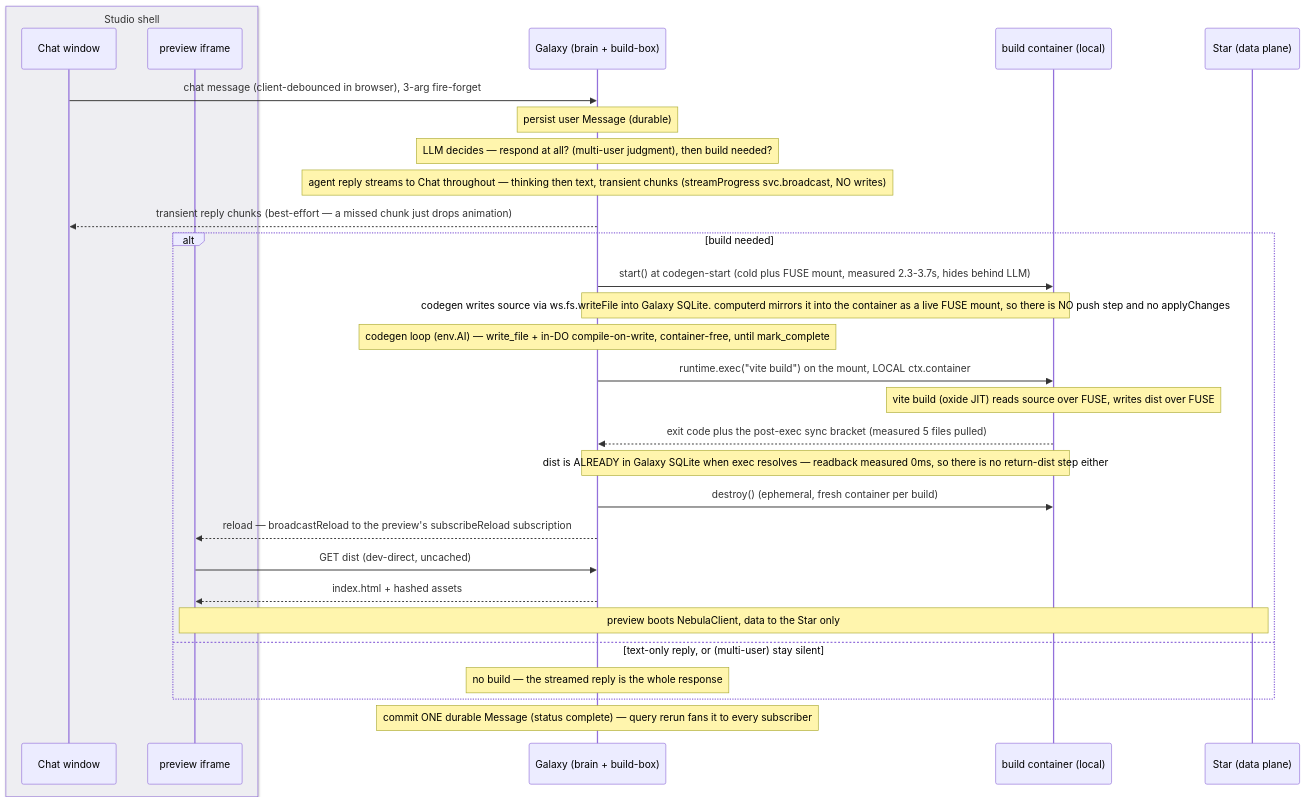
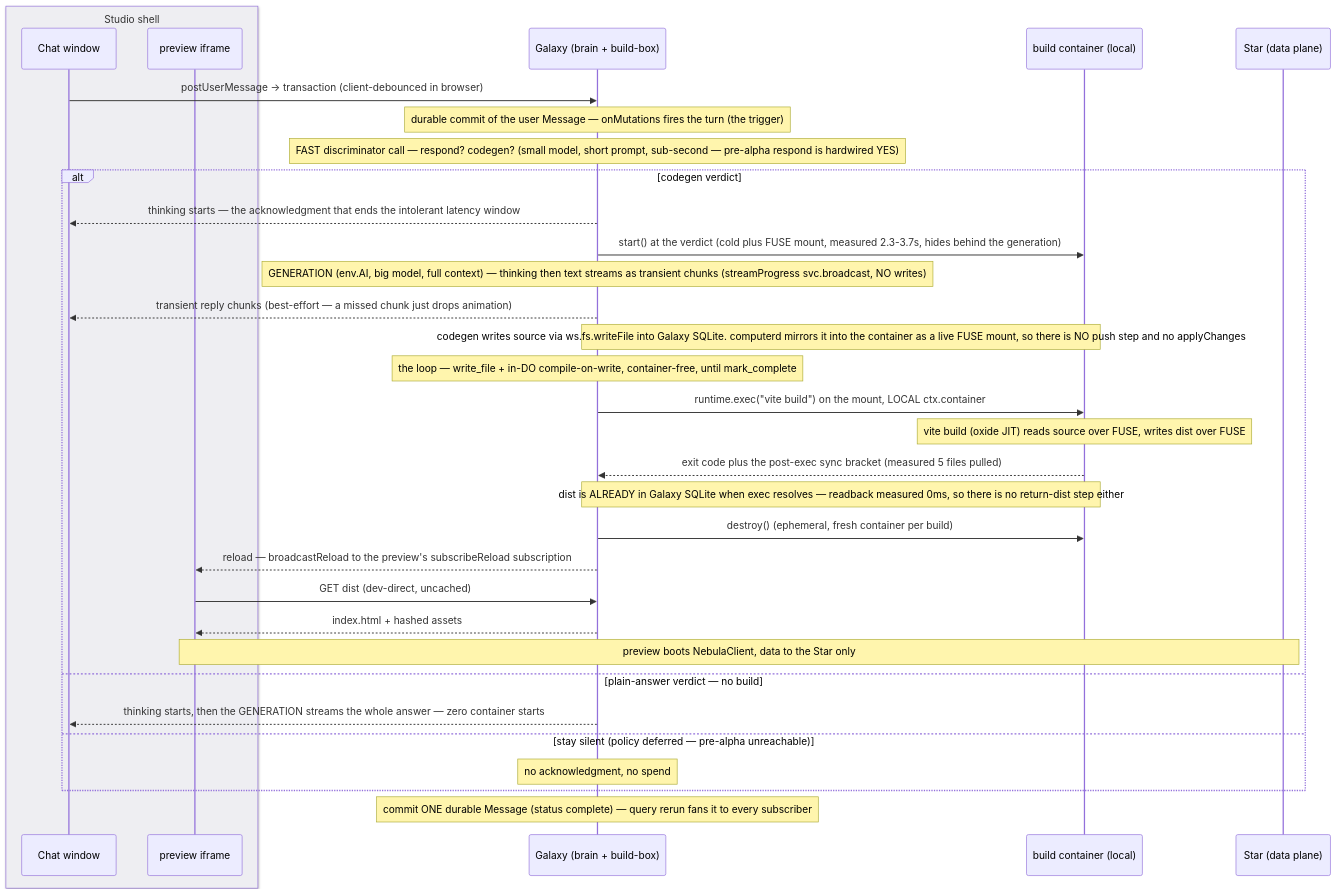
The first of 2 diagrams in tasks/nebula-galaxy-collapse-and-chat.md (lumenize/lumenize), drawn with Mermaid before and after one commit. The commit also changed other lines of this file and 1 other file, not shown here.

````diff
--- a/tasks/nebula-galaxy-collapse-and-chat.md
+++ b/tasks/nebula-galaxy-collapse-and-chat.md
@@ -74,32 +75,35 @@
 ```mermaid
 sequenceDiagram
     box rgb(238,238,242) Studio shell
       participant Chat as Chat window
       participant P as preview iframe
     end
     participant G as Galaxy (brain + build-box)
     participant K as build container (local)
     participant Da as Star (data plane)
-    Chat->>G: chat message (client-debounced in browser), 3-arg fire-forget
-    Note over G: persist user Message (durable)
-    Note over G: LLM decides — respond at all? (multi-user judgment), then build needed?
-    Note over G: agent reply streams to Chat throughout — thinking then text, transient chunks (streamProgress svc.broadcast, NO writes)
-    G-->>Chat: transient reply chunks (best-effort — a missed chunk just drops animation)
-    alt build needed
-      G->>K: start() at codegen-start (cold plus FUSE mount, measured 2.3-3.7s, hides behind LLM)
+    Chat->>G: postUserMessage → transaction (client-debounced in browser)
+    Note over G: durable commit of the user Message — onMutations fires the turn (the trigger)
+    Note over G: FAST discriminator call — respond? codegen? (small model, short prompt, sub-second — pre-alpha respond is hardwired YES)
+    alt codegen verdict
+      G-->>Chat: thinking starts — the acknowledgment that ends the intolerant latency window
+      G->>K: start() at the verdict (cold plus FUSE mount, measured 2.3-3.7s, hides behind the generation)
+      Note over G: GENERATION (env.AI, big model, full context) — thinking then text streams as transient chunks (streamProgress svc.broadcast, NO writes)
+      G-->>Chat: transient reply chunks (best-effort — a missed chunk just drops animation)
       Note over G,K: codegen writes source via ws.fs.writeFile into Galaxy SQLite. computerd mirrors it into the container as a live FUSE mount, so there is NO push step and no applyChanges
-      Note over G: codegen loop (env.AI) — write_file + in-DO compile-on-write, container-free, until mark_complete
+      Note over G: the loop — write_file + in-DO compile-on-write, container-free, until mark_complete
       G->>K: runtime.exec("vite build") on the mount, LOCAL ctx.container
       Note over K: vite build (oxide JIT) reads source over FUSE, writes dist over FUSE
       K-->>G: exit code plus the post-exec sync bracket (measured 5 files pulled)
       Note over G,K: dist is ALREADY in Galaxy SQLite when exec resolves — readback measured 0ms, so there is no return-dist step either
       G->>K: destroy() (ephemeral, fresh container per build)
       G-->>P: reload — broadcastReload to the preview's subscribeReload subscription
       P->>G: GET dist (dev-direct, uncached)
       G-->>P: index.html + hashed assets
       Note over P,Da: preview boots NebulaClient, data to the Star only
-    else text-only reply, or (multi-user) stay silent
-      Note over G: no build — the streamed reply is the whole response
+    else plain-answer verdict — no build
+      G-->>Chat: thinking starts, then the GENERATION streams the whole answer — zero container starts
+    else stay silent (policy deferred — pre-alpha unreachable)
+      Note over G: no acknowledgment, no spend
     end
     Note over G: commit ONE durable Message (status complete) — query rerun fans it to every subscriber
 ```
````
